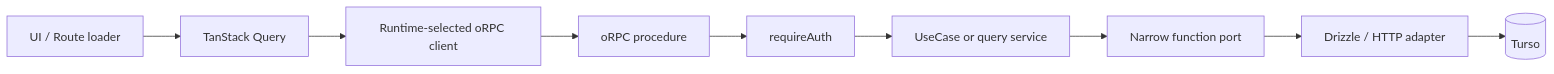
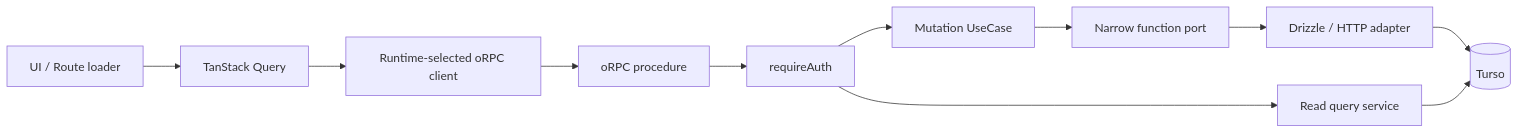
The diagram in docs/superpowers/specs/2026-08-23-full-orpc-migration-design.md (koralle/pantry), drawn with Mermaid before and after one commit. The commit also changed other lines of this file, not shown here.

Commit message:
docs: fix oRPC migration inventory

````diff
--- a/docs/superpowers/specs/2026-08-23-full-orpc-migration-design.md
+++ b/docs/superpowers/specs/2026-08-23-full-orpc-migration-design.md
@@ -74,15 +74,19 @@
 ```mermaid
 flowchart LR
   UI[UI / Route loader]
   TQ[TanStack Query]
   CLIENT[Runtime-selected oRPC client]
   PROC[oRPC procedure]
   AUTH[requireAuth]
-  UC[UseCase or query service]
+  UC[Mutation UseCase]
+  QUERY[Read query service]
   PORT[Narrow function port]
   INFRA[Drizzle / HTTP adapter]
   DB[(Turso)]
 
-  UI --> TQ --> CLIENT --> PROC --> AUTH --> UC
+  UI --> TQ --> CLIENT --> PROC --> AUTH
+  AUTH --> UC
+  AUTH --> QUERY
   UC --> PORT --> INFRA --> DB
+  QUERY --> DB
 ```
````
